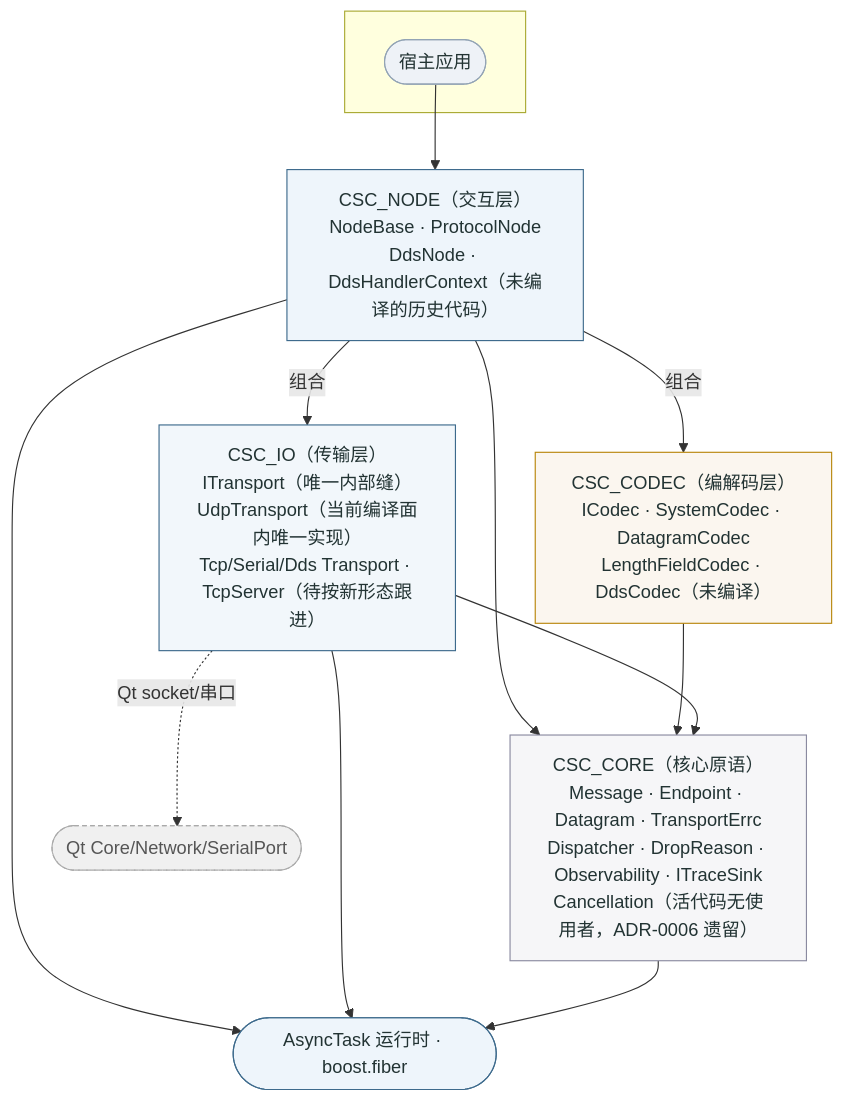
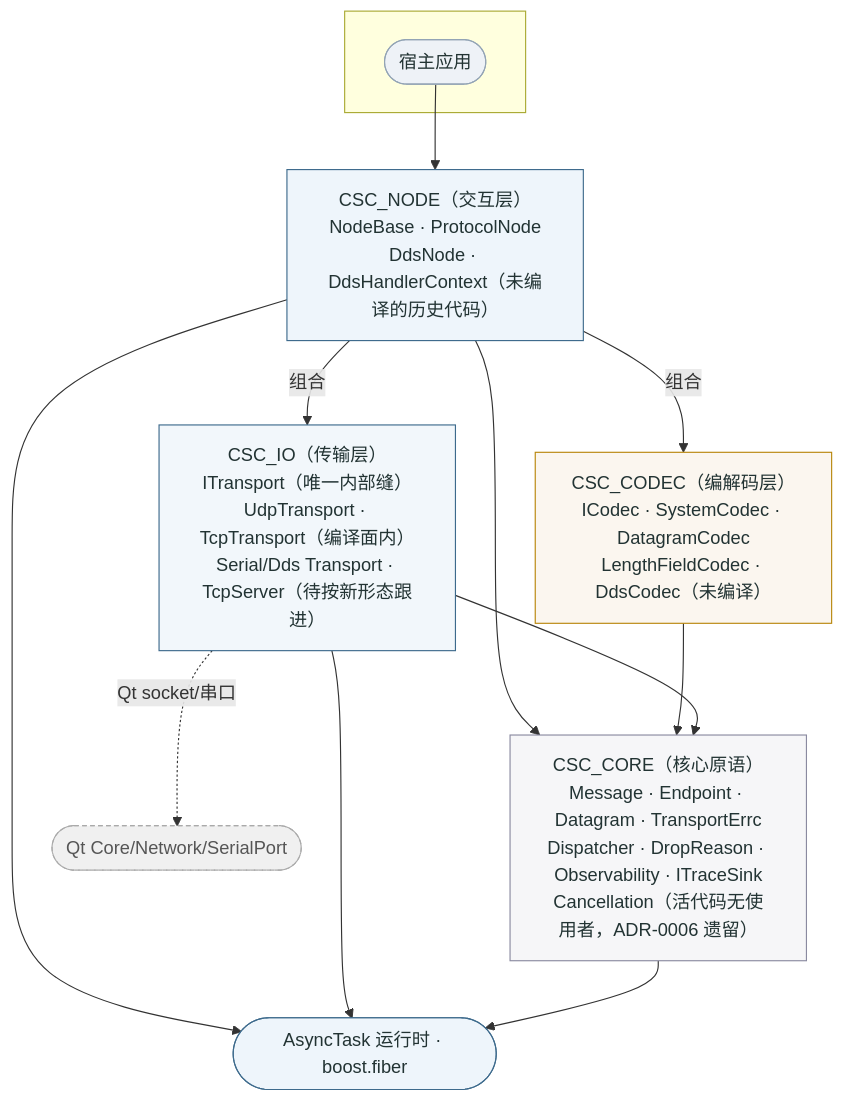
One commit to Ste7an-cs/Transport changed the diagram in docs/diagrams/sdd-csc-layers.mmd. Above: the diagram before and after it, drawn with Mermaid. The commit also changed 9 other files, not shown here.

First line of the commit message:
docs: 补记 TCP 重构整批,并把编译面标注从"仅 UDP"更新为"UDP + TCP"

```diff
--- a/docs/diagrams/sdd-csc-layers.mmd
+++ b/docs/diagrams/sdd-csc-layers.mmd
@@ -1,33 +1,33 @@
 flowchart TB
     subgraph HOST[" "]
       APP([宿主应用])
     end
     NODE["CSC_NODE（交互层）<br/>NodeBase · ProtocolNode<br/>DdsNode · DdsHandlerContext（未编译的历史代码）"]
     CODEC["CSC_CODEC（编解码层）<br/>ICodec · SystemCodec · DatagramCodec<br/>LengthFieldCodec · DdsCodec（未编译）"]
-    IO["CSC_IO（传输层）<br/>ITransport（唯一内部缝）<br/>UdpTransport（当前编译面内唯一实现）<br/>Tcp/Serial/Dds Transport · TcpServer（待按新形态跟进）"]
+    IO["CSC_IO（传输层）<br/>ITransport（唯一内部缝）<br/>UdpTransport · TcpTransport（编译面内）<br/>Serial/Dds Transport · TcpServer（待按新形态跟进）"]
     CORE["CSC_CORE（核心原语）<br/>Message · Endpoint · Datagram · TransportErrc<br/>Dispatcher · DropReason · Observability · ITraceSink<br/>Cancellation（活代码无使用者，ADR-0006 遗留）"]
     RT([AsyncTask 运行时 · boost.fiber])
     QT([Qt Core/Network/SerialPort]):::opt
 
     APP --> NODE
     NODE -->|组合| CODEC
     NODE -->|组合| IO
     NODE --> CORE
     CODEC --> CORE
     IO --> CORE
     IO -.Qt socket/串口.-> QT
     NODE --> RT
     IO --> RT
     CORE --> RT
 
     classDef host fill:#eef2f7,stroke:#93a4b5,color:#233;
     classDef node fill:#eef5fb,stroke:#3d6a8c,color:#233;
     classDef codec fill:#fbf6ef,stroke:#b8860b,color:#233;
     classDef io fill:#f2f7fb,stroke:#3d6a8c,color:#233;
     classDef core fill:#f6f6f8,stroke:#8a8aa0,color:#233;
     classDef opt fill:#f0f0f0,stroke:#aaa,color:#555,stroke-dasharray:4 3;
     class APP host;
     class NODE node;
     class CODEC codec;
     class IO io;
     class CORE core;
```
